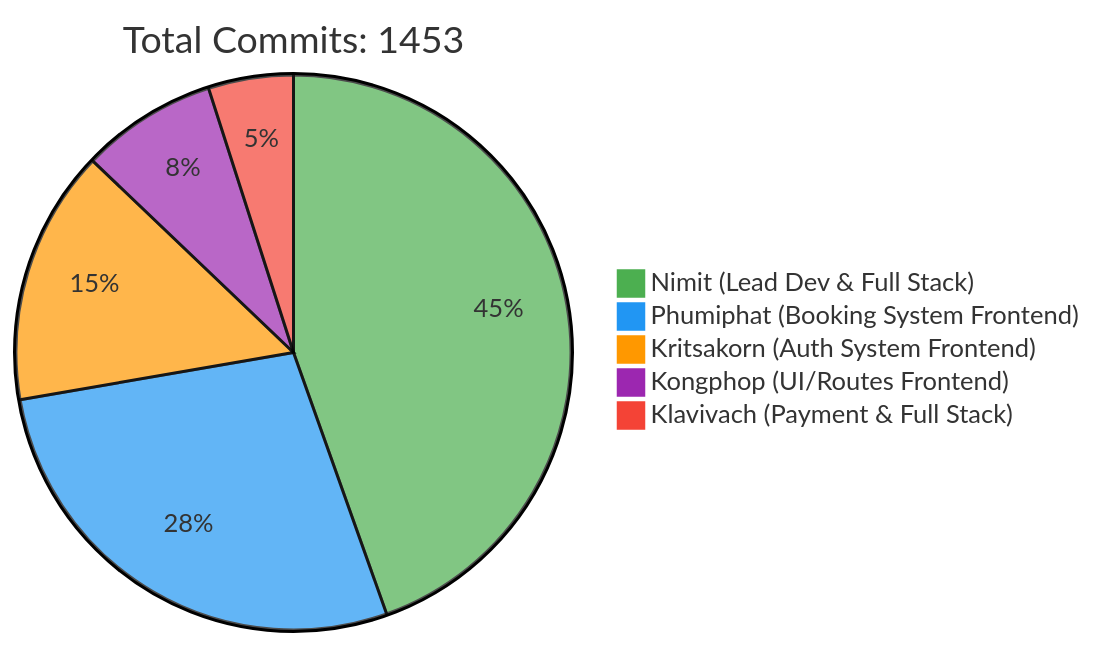
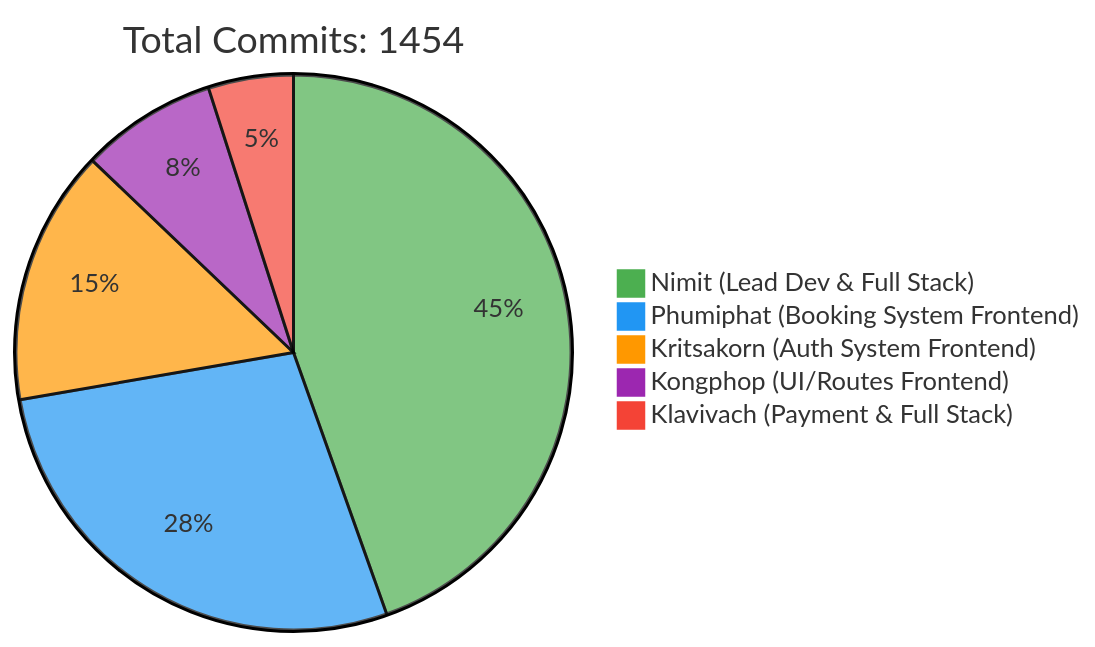
One commit to 6531503042/Sport-Complex changed the first of 2 diagrams in README.md. Above: the diagram before and after it, drawn with Mermaid. The commit also changed other lines of this file, not shown here.

Commit message:
docs: Update contributor statistics [skip ci]

````diff
--- a/README.md
+++ b/README.md
@@ -257,10 +257,10 @@
 ```mermaid
 %%{init: {'theme': 'base', 'themeVariables': { 'pie1': '#4CAF50', 'pie2': '#2196F3', 'pie3': '#FF9800', 'pie4': '#9C27B0', 'pie5': '#F44336'}}}%%
 pie
-    title Total Commits: 1453
+    title Total Commits: 1454
     "Nimit (Lead Dev & Full Stack)" : 450
     "Phumiphat (Booking System Frontend)" : 280
     "Kritsakorn (Auth System Frontend)" : 150
     "Kongphop (UI/Routes Frontend)" : 80
     "Klavivach (Payment & Full Stack)" : 50
 ```
````
